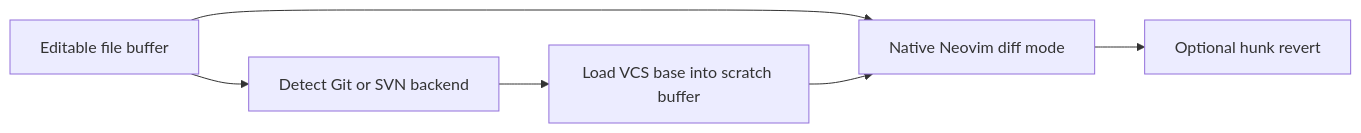
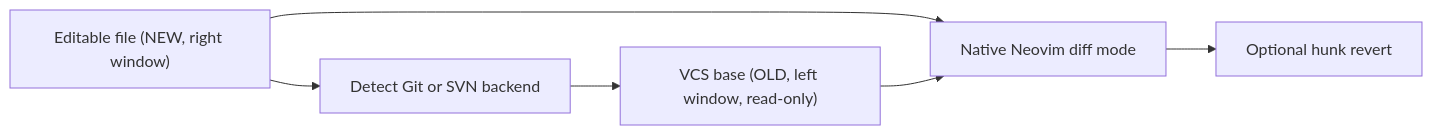
One commit to Reddimus/lazyvcs.nvim changed the third of 3 diagrams in README.md. Above: the diagram before and after it, drawn with Mermaid. The commit also changed other lines of this file and 9 other files, not shown here.

````diff
--- a/README.md
+++ b/README.md
@@ -259,8 +261,8 @@
 ```mermaid
 flowchart LR
-  File[Editable file buffer] --> Detect[Detect Git or SVN backend]
-  Detect --> Base[Load VCS base into scratch buffer]
+  File["Editable file (NEW, right window)"] --> Detect[Detect Git or SVN backend]
+  Detect --> Base["VCS base (OLD, left window, read-only)"]
   File --> Diff[Native Neovim diff mode]
   Base --> Diff
   Diff --> Revert[Optional hunk revert]
 ```
````
